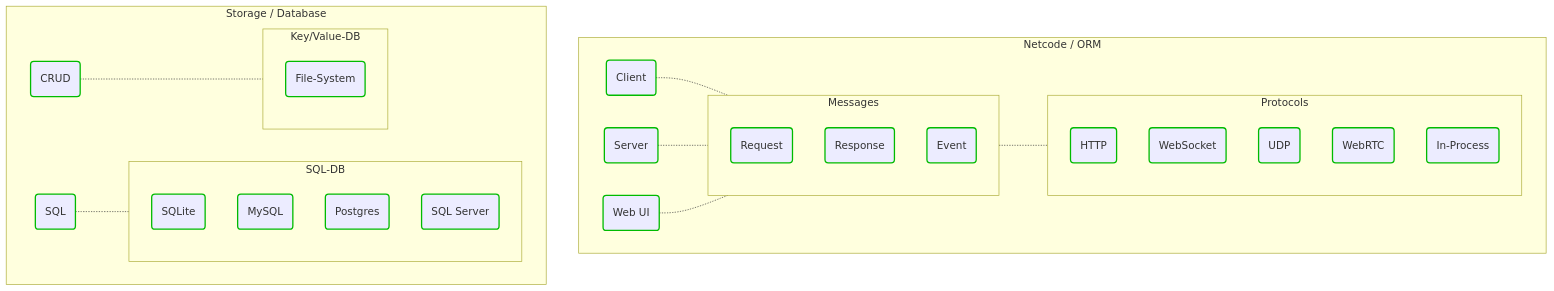
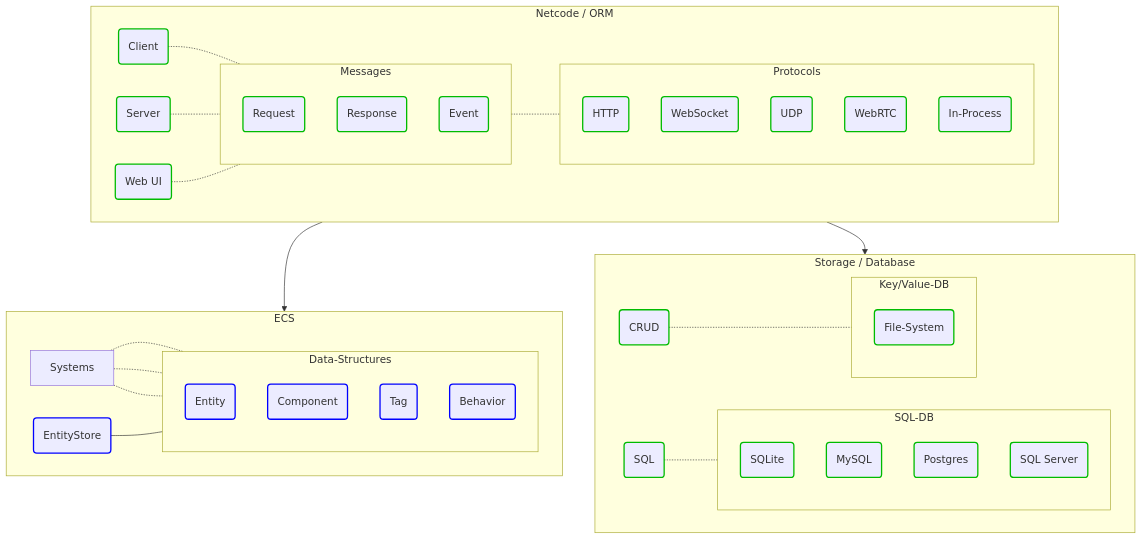
Before and after one commit to friflo/Friflo.Json.Fliox: the second of 3 diagrams in Engine/README.md, drawn with Mermaid.

Commit message:
Engine - update architecture diagram

````diff
--- a/Engine/README.md
+++ b/Engine/README.md
@@ -115,56 +101,77 @@
 ```mermaid
   graph TD;
     classDef finished       stroke:#0b0,stroke-width:2px;
     classDef implemented    stroke:#00f,stroke-width:2px;
 
+    subgraph ECS;
+        EntityStore(EntityStore):::implemented
+        Systems
+
+        subgraph Data-Structures;
+        direction TB;
+            Entity(Entity):::implemented
+            Component(Component):::implemented
+            Tag(Tag):::implemented
+            Behavior(Behavior):::implemented
+        end
+
+        EntityStore  --- Data-Structures
+
+        Systems      -.- Entity
+        Systems      -.- Component
+        Systems      -.- Tag
+    end
 
     subgraph Netcode[Netcode / ORM];
         Client(Client):::finished
         Server(Server):::finished
         WebUI(Web UI):::finished
 
         subgraph Messages;
             direction TB;
             Request(Request):::finished
             Response(Response):::finished
             Event(Event):::finished
         end
 
         Client -.- Messages
         Server -.- Messages
         WebUI  -.- Messages
 
         subgraph Protocols;
             direction TB;
             HTTP(HTTP):::finished
             WebSocket(WebSocket):::finished
             UDP(UDP):::finished
             WebRTC(WebRTC):::finished
             In-Process(In-Process):::finished
         end
 
         Messages  -.- Protocols
     end
 
     subgraph Storage[Storage / Database];
         SQL(SQL):::finished
         CRUD(CRUD):::finished
 
         subgraph SQL-DB;
             direction TB;
             SQLite(SQLite):::finished
             MySQL(MySQL):::finished
             Postgres(Postgres):::finished
             SQL-Server(SQL Server):::finished
         end
 
         SQL     -.- SQL-DB
         CRUD    -.- Key/Value-DB
 
         subgraph Key/Value-DB;
             direction TB;
             File-System(File-System):::finished
         end
     end
+
+    Netcode --> ECS
+    Netcode --> Storage
     
 ```
````
